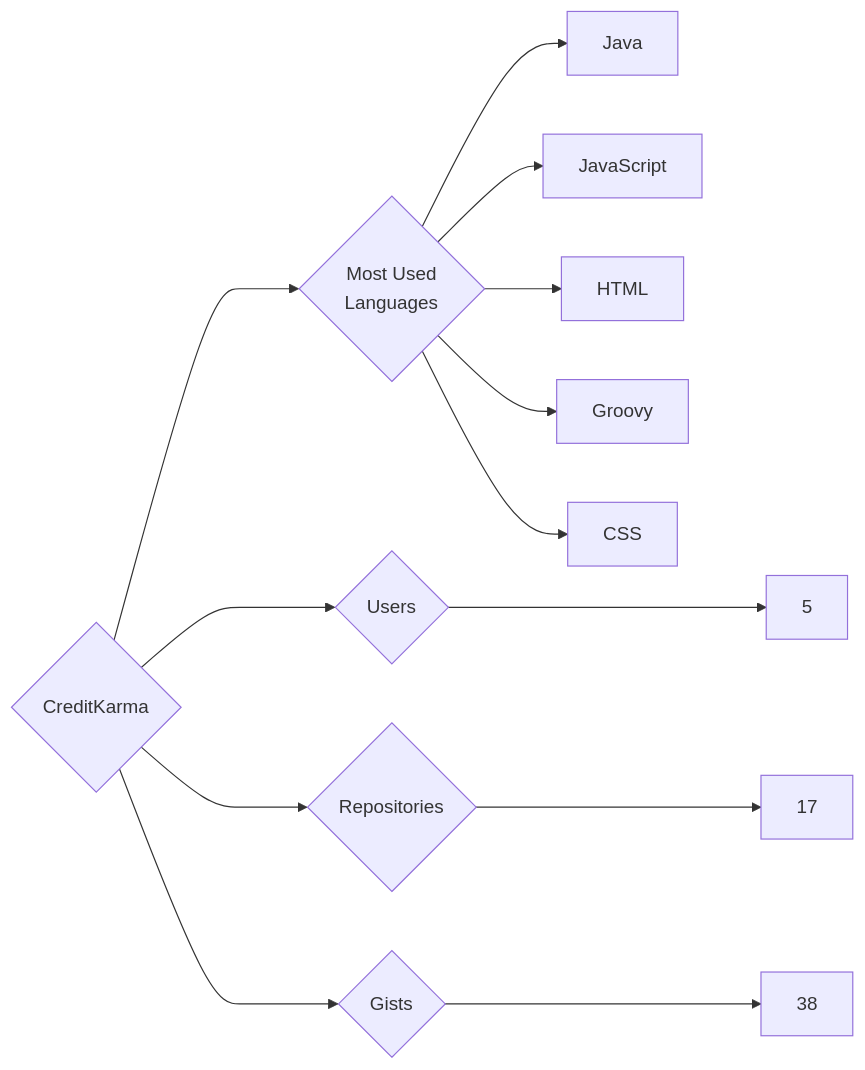
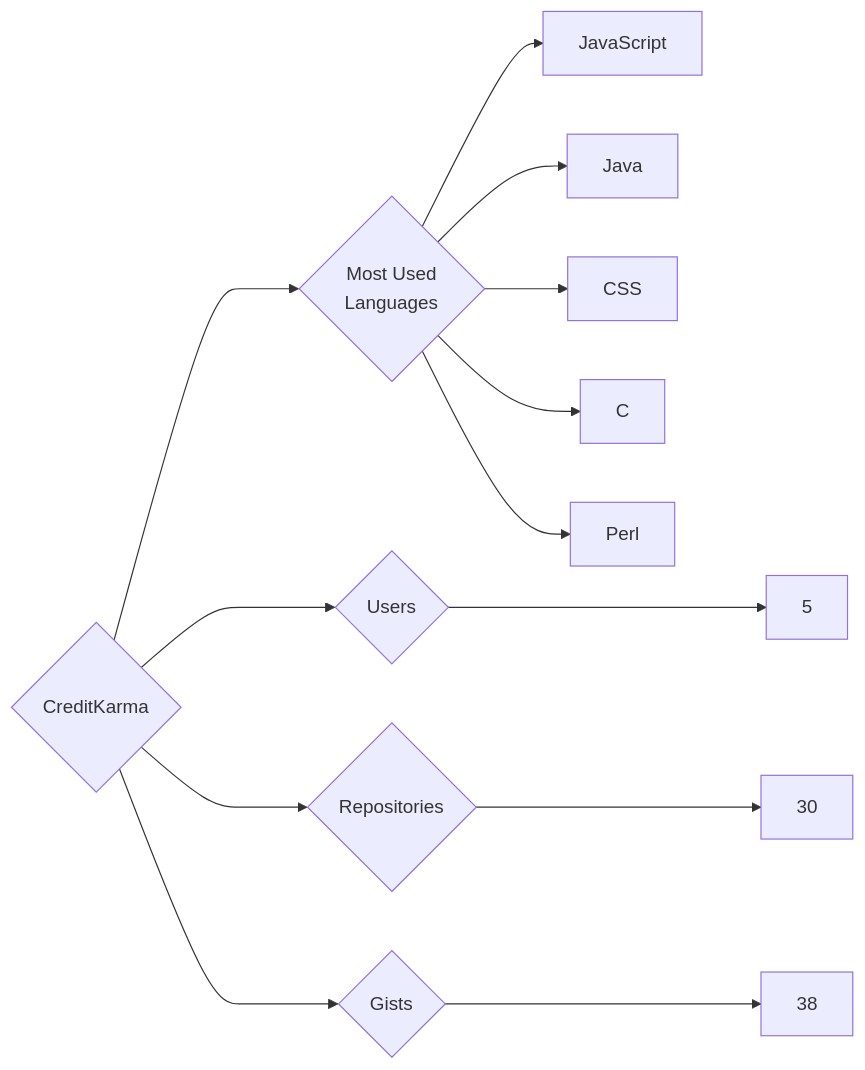
The diagram in targets/CreditKarma/README.md (trickest/insiders), drawn with Mermaid before and after one commit. The commit also changed 859 other files, not shown here.

````diff
--- a/targets/CreditKarma/README.md
+++ b/targets/CreditKarma/README.md
@@ -3,13 +3,13 @@
 ```mermaid
 graph LR
 COMPANY_NAME{CreditKarma}
 COMPANY_NAME ---> U{Users} ---> UN[5]
-COMPANY_NAME ---> R{Repositories} ---> RN[17]
+COMPANY_NAME ---> R{Repositories} ---> RN[30]
 COMPANY_NAME ---> G{Gists} ---> GN[38]
 COMPANY_NAME ---> ML{Most Used<br>Languages}
+ML --> JavaScript[JavaScript]
 ML --> Java[Java]
-ML --> JavaScript[JavaScript]
-ML --> HTML[HTML]
-ML --> Groovy[Groovy]
 ML --> CSS[CSS]
+ML --> C[C]
+ML --> Perl[Perl]
 ```
````
